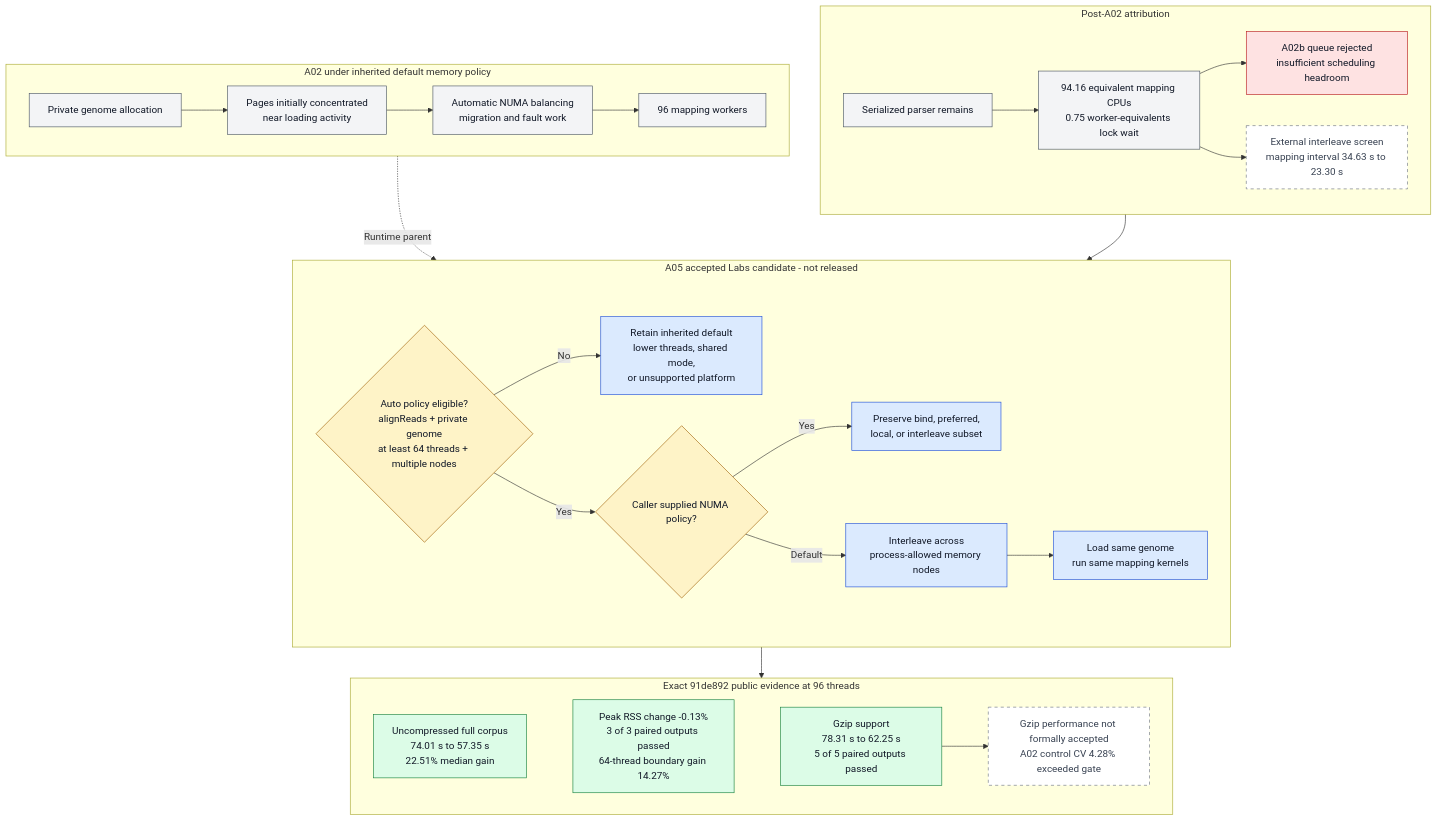
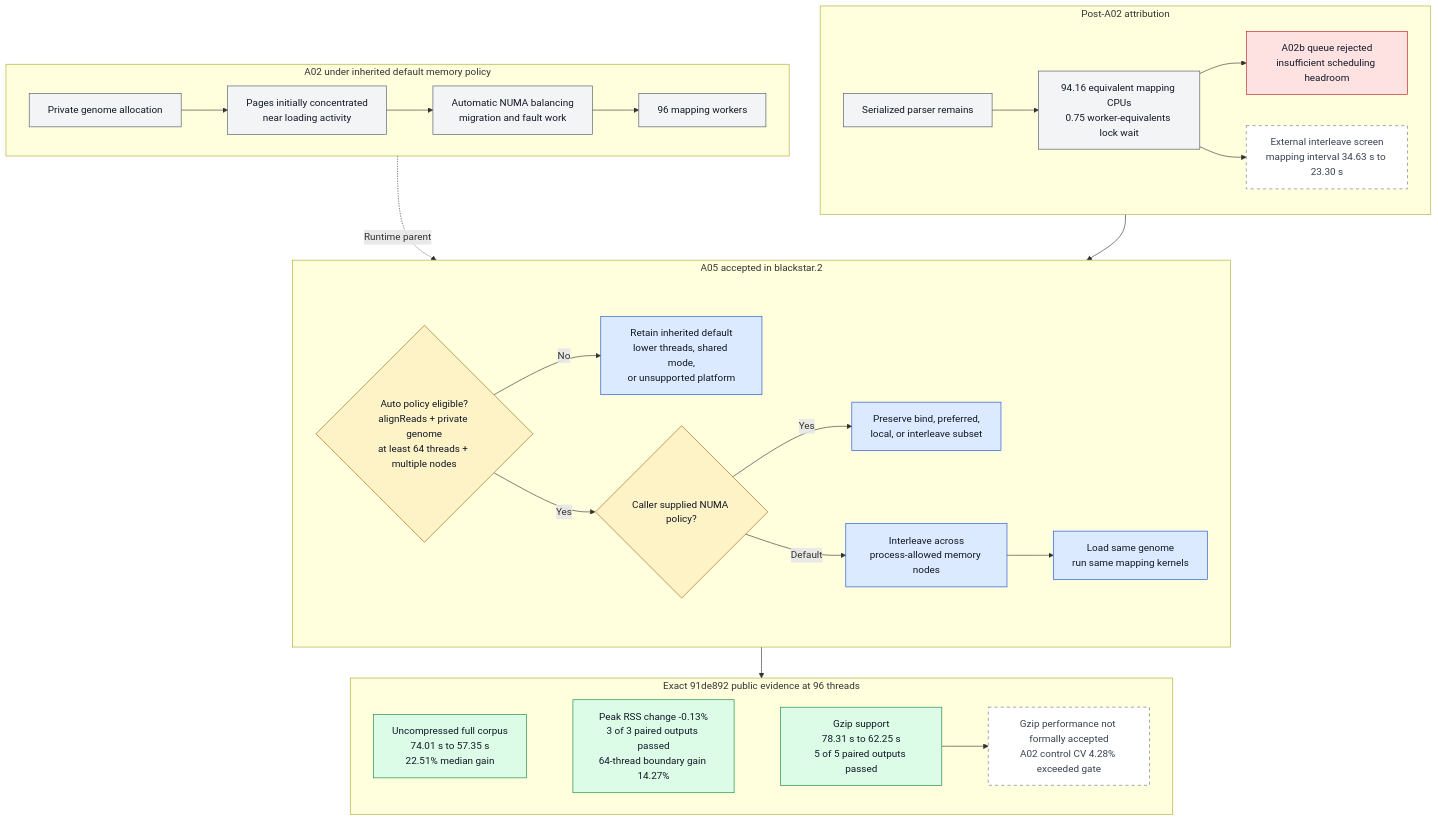
Before and after one commit to justinblethrow-cloud/STAR: the diagram in docs/architecture/diagrams/src/F19-numa-placement.mmd, drawn with Mermaid. The commit also changed 52 other files, not shown here.

```diff
--- a/docs/architecture/diagrams/src/F19-numa-placement.mmd
+++ b/docs/architecture/diagrams/src/F19-numa-placement.mmd
@@ -1,64 +1,64 @@
 flowchart TB
     subgraph ATTRIBUTION["Post-A02 attribution"]
         direction LR
         PARSER["Serialized parser remains"]
         UTIL["94.16 equivalent mapping CPUs<br/>0.75 worker-equivalents lock wait"]
         QUEUE["A02b queue rejected<br/>insufficient scheduling headroom"]
         SCREEN["External interleave screen<br/>mapping interval 34.63 s to 23.30 s"]
         PARSER --> UTIL --> QUEUE
         UTIL --> SCREEN
     end
 
     subgraph BEFORE["A02 under inherited default memory policy"]
         direction LR
         LOAD1["Private genome allocation"]
         CONCENTRATE["Pages initially concentrated<br/>near loading activity"]
         MIGRATE["Automatic NUMA balancing<br/>migration and fault work"]
         WORK1["96 mapping workers"]
         LOAD1 --> CONCENTRATE --> MIGRATE --> WORK1
     end
 
-    subgraph A05["A05 accepted Labs candidate - not released"]
+    subgraph A05["A05 accepted in blackstar.2"]
         direction LR
         REQUEST{"Auto policy eligible?<br/>alignReads + private genome<br/>at least 64 threads + multiple nodes"}
         INHERITED{"Caller supplied NUMA policy?"}
         PRESERVE["Preserve bind, preferred,<br/>local, or interleave subset"]
         FALLBACK["Retain inherited default<br/>lower threads, shared mode,<br/>or unsupported platform"]
         APPLY["Interleave across<br/>process-allowed memory nodes"]
         LOAD2["Load same genome<br/>run same mapping kernels"]
         REQUEST -->|No| FALLBACK
         REQUEST -->|Yes| INHERITED
         INHERITED -->|Yes| PRESERVE
         INHERITED -->|Default| APPLY --> LOAD2
     end
 
     SCREEN --> REQUEST
     WORK1 -.->|Runtime parent| REQUEST
 
     subgraph RESULTS["Exact 91de892 public evidence at 96 threads"]
         direction LR
         PRIMARY["Uncompressed full corpus<br/>74.01 s to 57.35 s<br/>22.51% median gain"]
         RESOURCE["Peak RSS change -0.13%<br/>3 of 3 paired outputs passed<br/>64-thread boundary gain 14.27%"]
         GZIP["Gzip support<br/>78.31 s to 62.25 s<br/>5 of 5 paired outputs passed"]
         CAVEAT["Gzip performance not formally accepted<br/>A02 control CV 4.28% exceeded gate"]
         PRIMARY ~~~ RESOURCE
         RESOURCE ~~~ GZIP
         GZIP --> CAVEAT
     end
 
     LOAD2 --> PRIMARY
 
     classDef rejected fill:#fee2e2,stroke:#b91c1c,color:#111827;
     classDef parent fill:#f3f4f6,stroke:#4b5563,color:#111827;
     classDef candidate fill:#dbeafe,stroke:#1d4ed8,color:#111827;
     classDef success fill:#dcfce7,stroke:#15803d,color:#111827;
     classDef control fill:#fef3c7,stroke:#a16207,color:#111827;
     classDef note fill:#ffffff,stroke:#6b7280,color:#374151,stroke-dasharray: 5 5;
     class PARSER,UTIL parent;
     class QUEUE rejected;
     class SCREEN note;
     class LOAD1,CONCENTRATE,MIGRATE,WORK1 parent;
     class REQUEST,INHERITED control;
     class PRESERVE,FALLBACK,APPLY,LOAD2 candidate;
     class PRIMARY,RESOURCE,GZIP success;
     class CAVEAT note;
```
